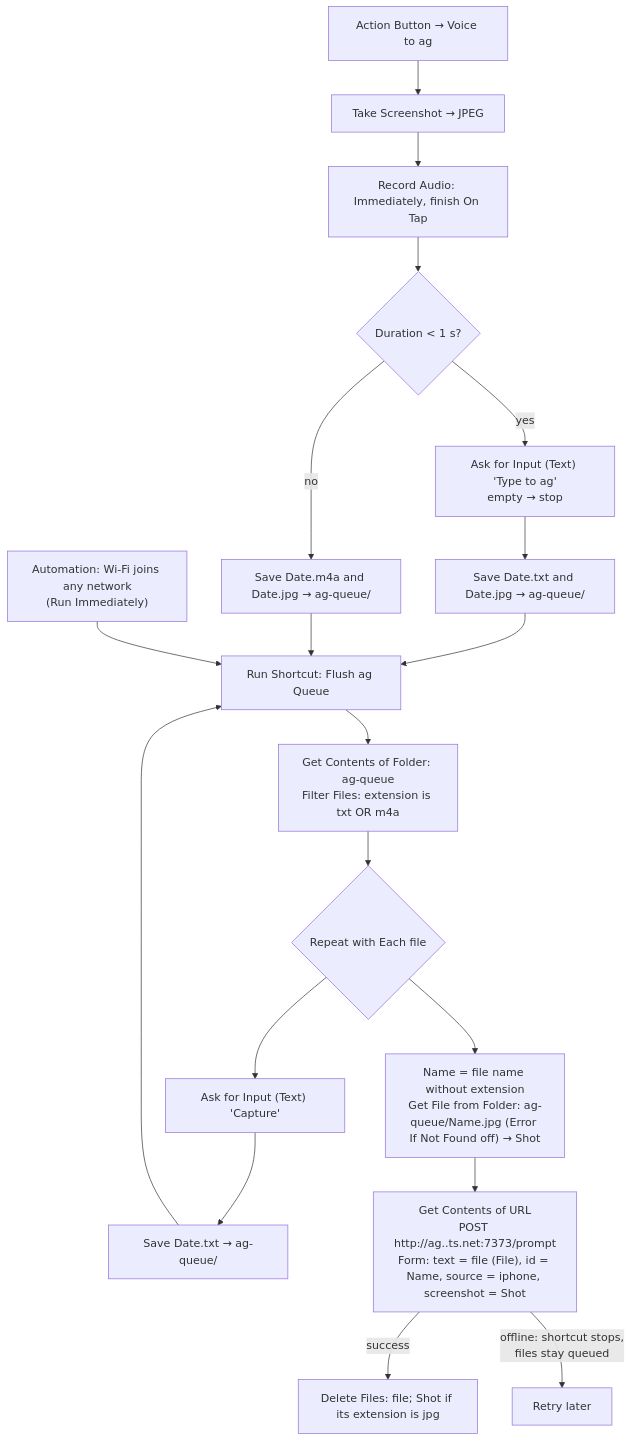
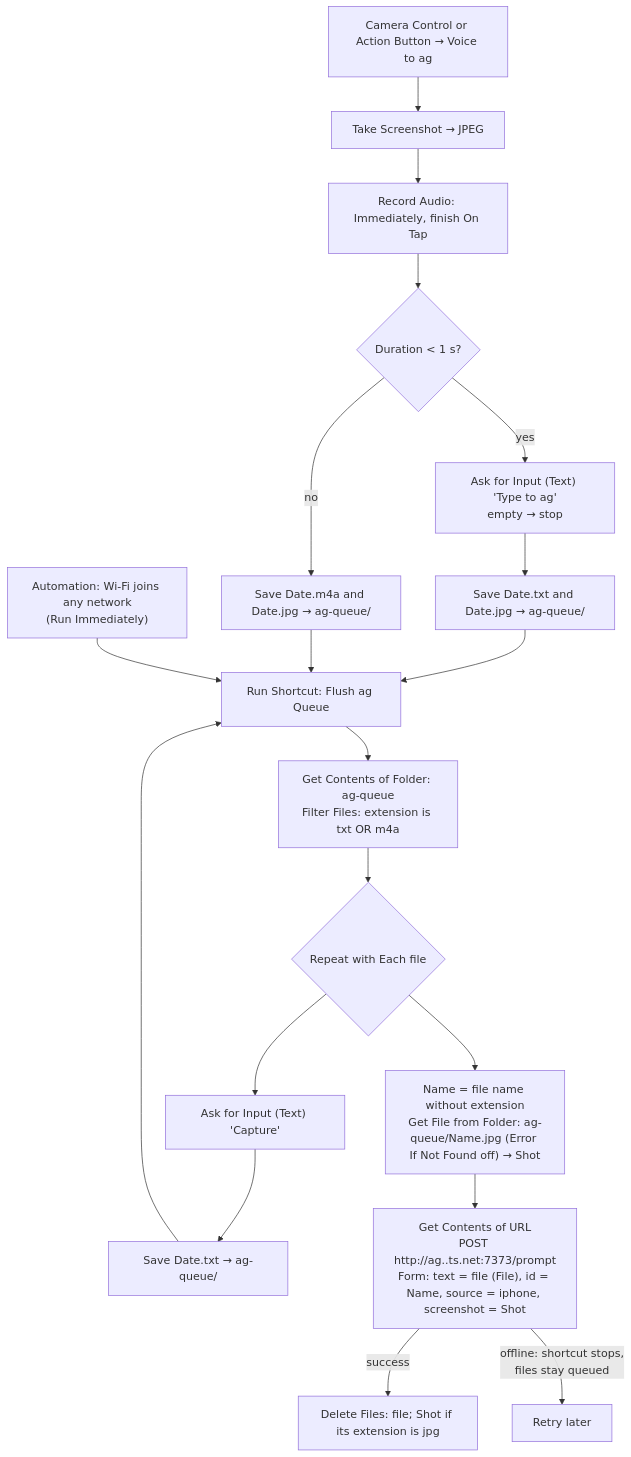
One commit to koerschner/ag changed the diagram in ios-shortcuts/capture-to-ag.md. Above: the diagram before and after it, drawn with Mermaid. The commit also changed other lines of this file, not shown here.

````diff
--- a/ios-shortcuts/capture-to-ag.md
+++ b/ios-shortcuts/capture-to-ag.md
@@ -32,23 +29,23 @@
 ```mermaid
 flowchart TD
-    A[Action Button → Voice to ag] --> V0["Take Screenshot → JPEG"]
+    A[Camera Control or Action Button → Voice to ag] --> V0["Take Screenshot → JPEG"]
     V0 --> V4["Record Audio: Immediately, finish On Tap"]
     V4 --> V7{"Duration < 1 s?"}
     V7 -- yes --> V8["Ask for Input (Text) 'Type to ag'<br/>empty → stop"]
     V8 --> V8b["Save Date.txt and Date.jpg → ag-queue/"]
     V8b --> F
     V7 -- no --> V9["Save Date.m4a and Date.jpg → ag-queue/"]
     V9 --> F["Run Shortcut: Flush ag Queue"]
 
     H[Home Screen icon → Capture to ag] --> B["Ask for Input (Text) 'Capture'"]
     B --> D["Save Date.txt → ag-queue/"]
     D --> F
 
     W["Automation: Wi-Fi joins any network<br/>(Run Immediately)"] --> F
     F --> G["Get Contents of Folder: ag-queue<br/>Filter Files: extension is txt OR m4a"]
     G --> H{"Repeat with Each file"}
     H --> N["Name = file name without extension<br/>Get File from Folder: ag-queue/Name.jpg (Error If Not Found off) → Shot"]
     N --> I["Get Contents of URL<br/>POST http://ag.<tailnet>.ts.net:7373/prompt<br/>Form: text = file (File), id = Name, source = iphone, screenshot = Shot"]
     I -- "success" --> J["Delete Files: file; Shot if its extension is jpg"]
     I -- "offline: shortcut stops,<br/>files stay queued" --> K[Retry later]
 ```
````
